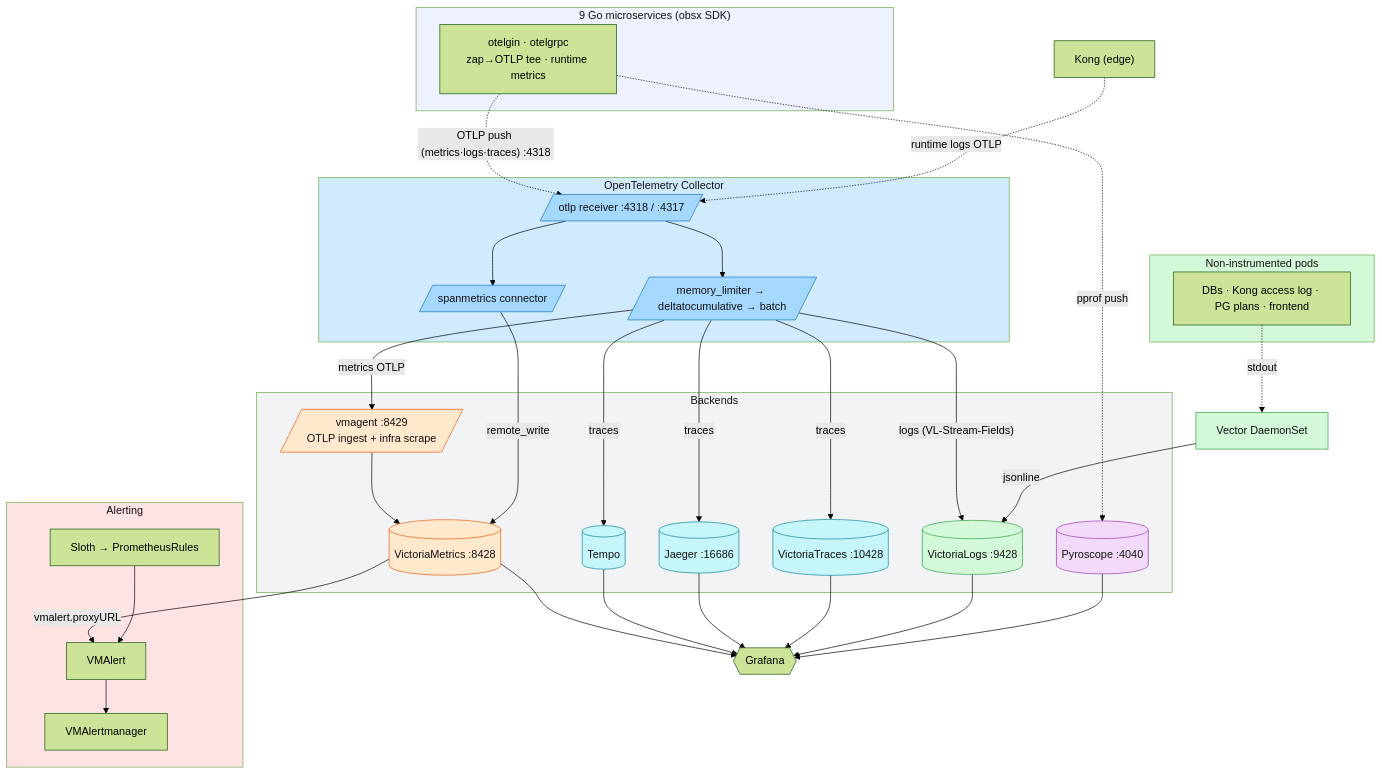
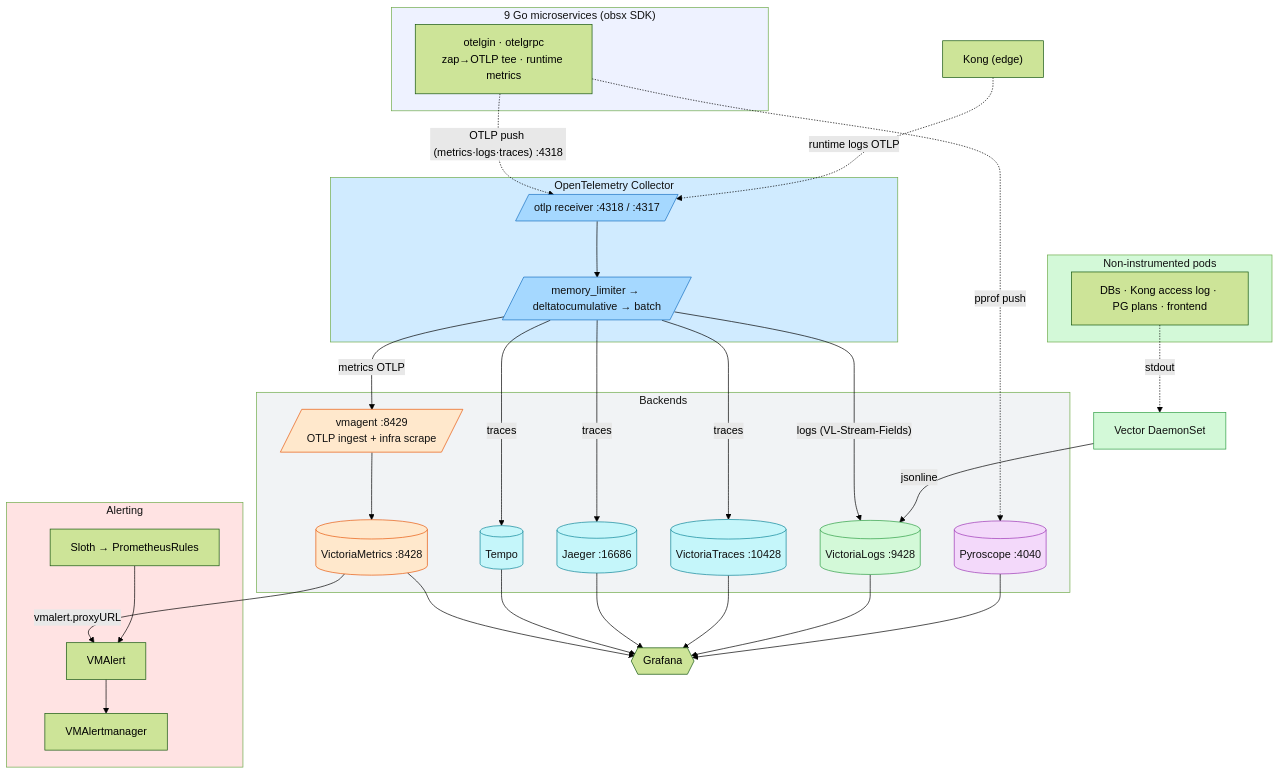
One commit to duynhlab/homelab changed the first of 5 diagrams in docs/observability/README.md. Above: the diagram before and after it, drawn with Mermaid (forest theme). The commit also changed other lines of this file and 13 other files, not shown here.

````diff
--- a/docs/observability/README.md
+++ b/docs/observability/README.md
@@ -14,76 +14,73 @@
 ```mermaid
 flowchart TB
     subgraph apps["9 Go microservices (obsx SDK)"]
         SVC["otelgin · otelgrpc<br/>zap→OTLP tee · runtime metrics"]
     end
     subgraph infra["Non-instrumented pods"]
         INF["DBs · Kong access log · PG plans · frontend"]
     end
 
     subgraph col["OpenTelemetry Collector"]
         RCV[/"otlp receiver :4318 / :4317"/]
         PROC[/"memory_limiter → deltatocumulative → batch"/]
-        SM[/"spanmetrics connector"/]
         RCV --> PROC
-        RCV --> SM
     end
 
     VEC["Vector DaemonSet"]
 
     subgraph be["Backends"]
         VMAgent[/"vmagent :8429<br/>OTLP ingest + infra scrape"/]
         VMSingle[("VictoriaMetrics :8428")]
         Tempo[("Tempo")]
         Jaeger[("Jaeger :16686")]
         VT[("VictoriaTraces :10428")]
         VLogs[("VictoriaLogs :9428")]
         Pyro[("Pyroscope :4040")]
     end
 
     subgraph alert["Alerting"]
         VMAlert["VMAlert"]
         VMAM["VMAlertmanager"]
         Sloth["Sloth → PrometheusRules"]
     end
 
     Grafana{{"Grafana"}}
 
     SVC -.->|"OTLP push (metrics·logs·traces) :4318"| RCV
     SVC -.->|"pprof push"| Pyro
     INF -.->|"stdout"| VEC
     Kong["Kong (edge)"] -.->|"runtime logs OTLP"| RCV
 
     PROC -->|"metrics OTLP"| VMAgent --> VMSingle
-    SM -->|"remote_write"| VMSingle
     PROC -->|"traces"| Tempo
     PROC -->|"traces"| Jaeger
     PROC -->|"traces"| VT
     PROC -->|"logs (VL-Stream-Fields)"| VLogs
     VEC -->|"jsonline"| VLogs
 
     VMSingle --> Grafana
     Tempo --> Grafana
     Jaeger --> Grafana
     VT --> Grafana
     VLogs --> Grafana
     Pyro --> Grafana
 
     VMSingle -->|"vmalert.proxyURL"| VMAlert --> VMAM
     Sloth --> VMAlert
 
     classDef metric fill:#ffe8cc,stroke:#e8590c,color:#111;
     classDef log fill:#d3f9d8,stroke:#2f9e44,color:#111;
     classDef trace fill:#c5f6fa,stroke:#0c8599,color:#111;
     classDef profile fill:#f3d9fa,stroke:#9c36b5,color:#111;
     classDef otc fill:#a5d8ff,stroke:#1971c2,color:#111;
-    class RCV,PROC,SM otc;
+    class RCV,PROC otc;
     class VMSingle,VMAgent metric;
     class VLogs,VEC log;
     class Tempo,Jaeger,VT trace;
     class Pyro profile;
     style apps fill:#eef2ff,color:#111;
     style infra fill:#d3f9d8,color:#111;
     style col fill:#d0ebff,color:#111;
     style be fill:#f1f3f5,color:#111;
     style alert fill:#ffe3e3,color:#111;
 ```
````
